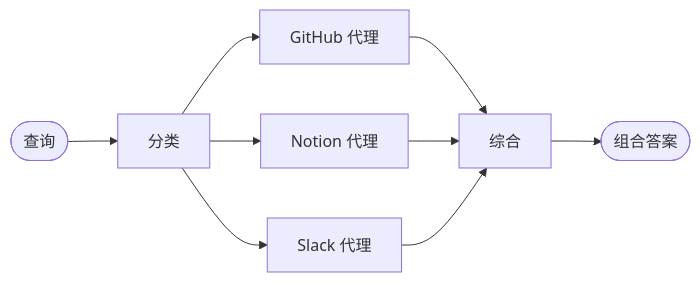
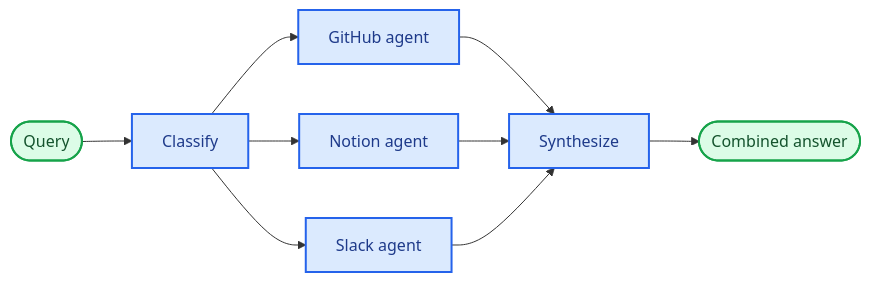
The diagram in oss/javascript/langchain/multi-agent/router-knowledge-base.mdx (kunfan96/cndocs-langchain), drawn with Mermaid before and after one commit. The commit also changed other lines of this file and 2611 other files, not shown here.

````diff
--- a/oss/javascript/langchain/multi-agent/router-knowledge-base.mdx
+++ b/oss/javascript/langchain/multi-agent/router-knowledge-base.mdx
@@ -21,11 +21,17 @@
 ```mermaid
 graph LR
-    A([查询]) --> B[分类]
-    B --> C[GitHub 代理]
-    B --> D[Notion 代理]
-    B --> E[Slack 代理]
-    C --> F[综合]
+    A([Query]) --> B[Classify]
+    B --> C[GitHub agent]
+    B --> D[Notion agent]
+    B --> E[Slack agent]
+    C --> F[Synthesize]
     D --> F
     E --> F
-    F --> G([组合答案])
+    F --> G([Combined answer])
+
+    classDef trigger fill:#DCFCE7,stroke:#16A34A,stroke-width:2px,color:#14532D
+    classDef process fill:#DBEAFE,stroke:#2563EB,stroke-width:2px,color:#1E3A8A
+
+    class A,G trigger
+    class B,C,D,E,F process
 ```
````
